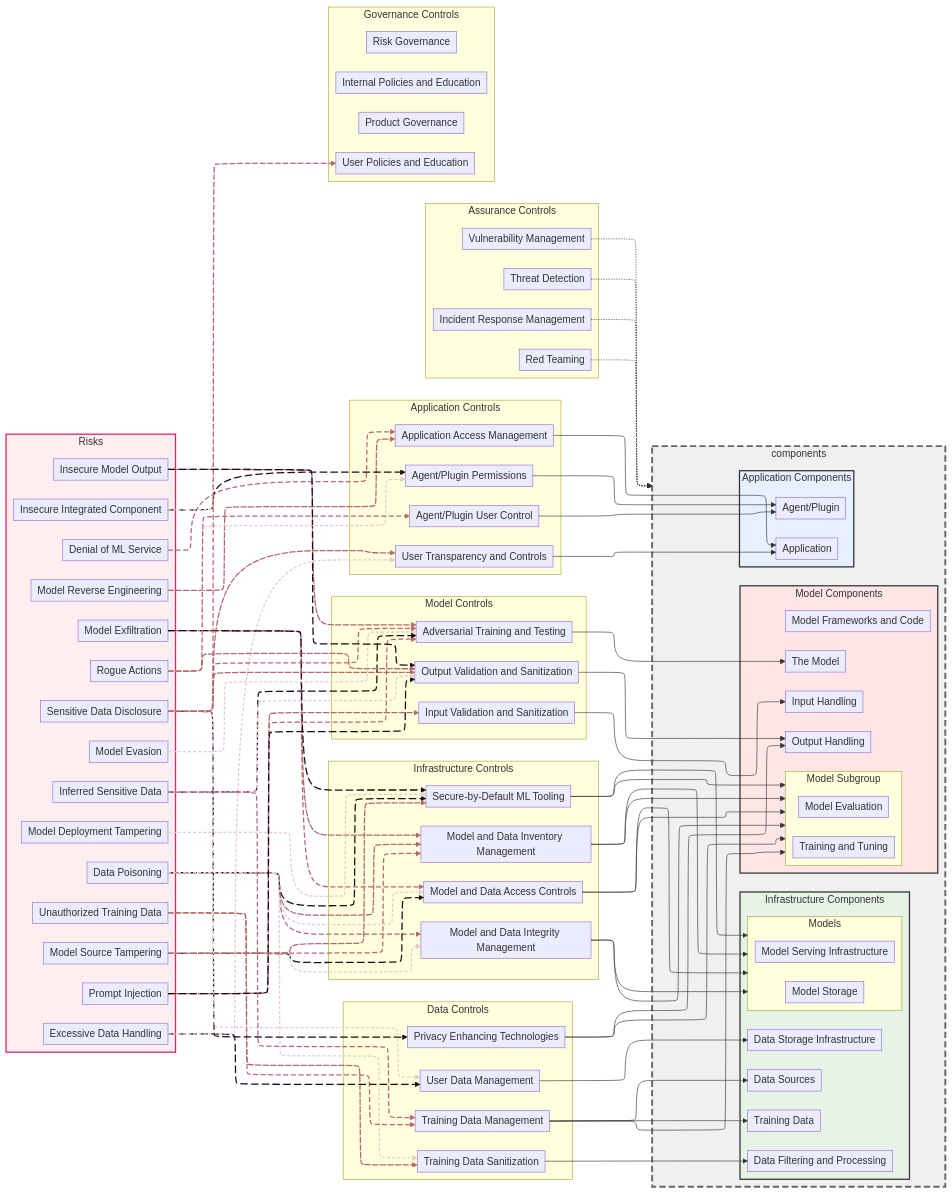
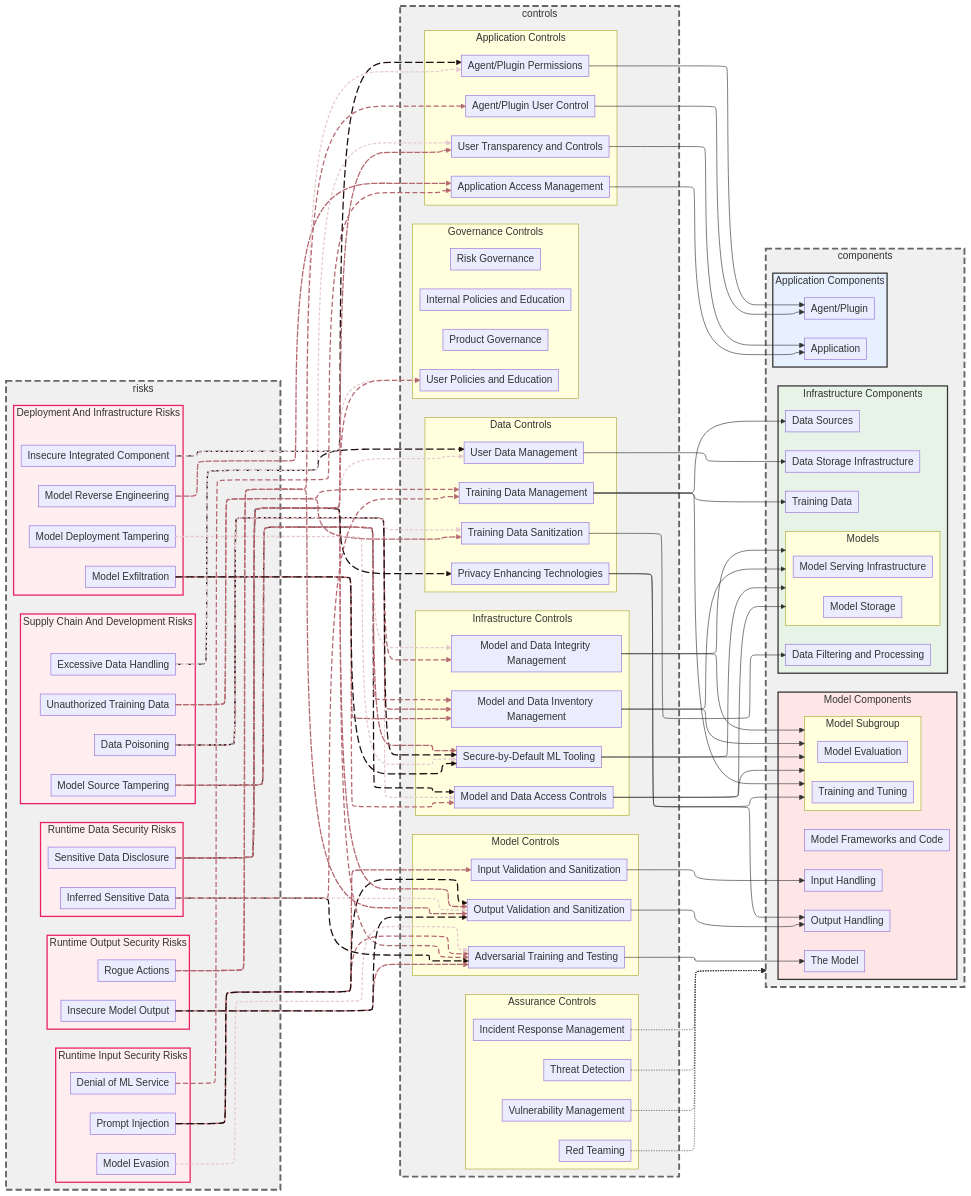
The diagram in risk-map/docs/controls-to-risk-graph.md (davidlabianca/secure-ai-tooling), drawn with Mermaid before and after one commit. The commit also changed 11 other files, not shown here.

```diff
--- a/risk-map/docs/controls-to-risk-graph.md
+++ b/risk-map/docs/controls-to-risk-graph.md
@@ -12,24 +12,40 @@
     classDef hidden display: none;
     classDef allControl stroke:#4285f4,stroke-width:2px,stroke-dasharray: 5 5
 
-    subgraph risks ["Risks"]
-        DMS[Denial of ML Service]
+    subgraph risks
+    subgraph risksSupplyChainAndDevelopment ["Supply Chain And Development Risks"]
         DP[Data Poisoning]
         EDH[Excessive Data Handling]
-        IIC[Insecure Integrated Component]
-        IMO[Insecure Model Output]
-        ISD[Inferred Sensitive Data]
-        MDT[Model Deployment Tampering]
-        MEV[Model Evasion]
-        MRE[Model Reverse Engineering]
         MST[Model Source Tampering]
-        MXF[Model Exfiltration]
-        PIJ[Prompt Injection]
-        RA[Rogue Actions]
-        SDD[Sensitive Data Disclosure]
         UTD[Unauthorized Training Data]
     end
 
+    subgraph risksDeploymentAndInfrastructure ["Deployment And Infrastructure Risks"]
+        IIC[Insecure Integrated Component]
+        MDT[Model Deployment Tampering]
+        MRE[Model Reverse Engineering]
+        MXF[Model Exfiltration]
+    end
+
+    subgraph risksRuntimeInputSecurity ["Runtime Input Security Risks"]
+        DMS[Denial of ML Service]
+        MEV[Model Evasion]
+        PIJ[Prompt Injection]
+    end
+
+    subgraph risksRuntimeDataSecurity ["Runtime Data Security Risks"]
+        ISD[Inferred Sensitive Data]
+        SDD[Sensitive Data Disclosure]
+    end
+
+    subgraph risksRuntimeOutputSecurity ["Runtime Output Security Risks"]
+        IMO[Insecure Model Output]
+        RA[Rogue Actions]
+    end
+
+    end
+
+    subgraph controls
     subgraph controlsData ["Data Controls"]
         controlPrivacyEnhancingTechnologies[Privacy Enhancing Technologies]
         controlTrainingDataManagement[Training Data Management]
@@ -70,6 +86,8 @@
         controlProductGovernance[Product Governance]
         controlRiskGovernance[Risk Governance]
         controlUserPoliciesAndEducation[User Policies and Education]
+    end
+
     end
 
     subgraph components
@@ -178,8 +196,14 @@
     linkStyle 3,7,11,15,19,23,27,31,35 stroke:#1c0d0f,stroke-width:2px,stroke-dasharray: 12 5
 
 %% Node style definitions
-    style risks fill:#ffeef0,stroke:#e91e63,stroke-width:2px
+    style risksSupplyChainAndDevelopment fill:#ffeef0,stroke:#e91e63,stroke-width:2px
+    style risksDeploymentAndInfrastructure fill:#ffeef0,stroke:#e91e63,stroke-width:2px
+    style risksRuntimeInputSecurity fill:#ffeef0,stroke:#e91e63,stroke-width:2px
+    style risksRuntimeDataSecurity fill:#ffeef0,stroke:#e91e63,stroke-width:2px
+    style risksRuntimeOutputSecurity fill:#ffeef0,stroke:#e91e63,stroke-width:2px
     style components fill:#f0f0f0,stroke:#666666,stroke-width:3px,stroke-dasharray: 10 5
+    style controls fill:#f0f0f0,stroke:#666666,stroke-width:3px,stroke-dasharray: 10 5
+    style risks fill:#f0f0f0,stroke:#666666,stroke-width:3px,stroke-dasharray: 10 5
     style componentsInfrastructure fill:#e6f3e6,stroke:#333333,stroke-width:2px
     style componentsApplication fill:#e6f0ff,stroke:#333333,stroke-width:2px
     style componentsModel fill:#ffe6e6,stroke:#333333,stroke-width:2px
```
